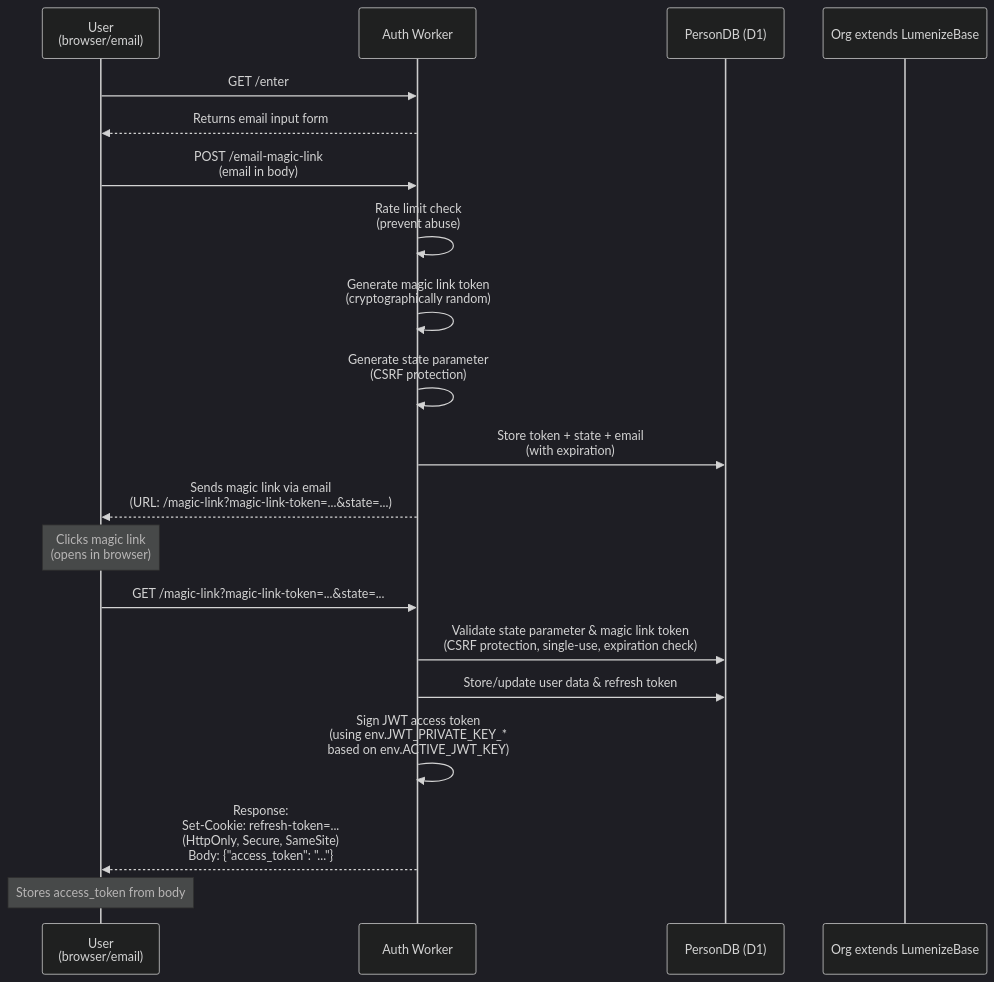
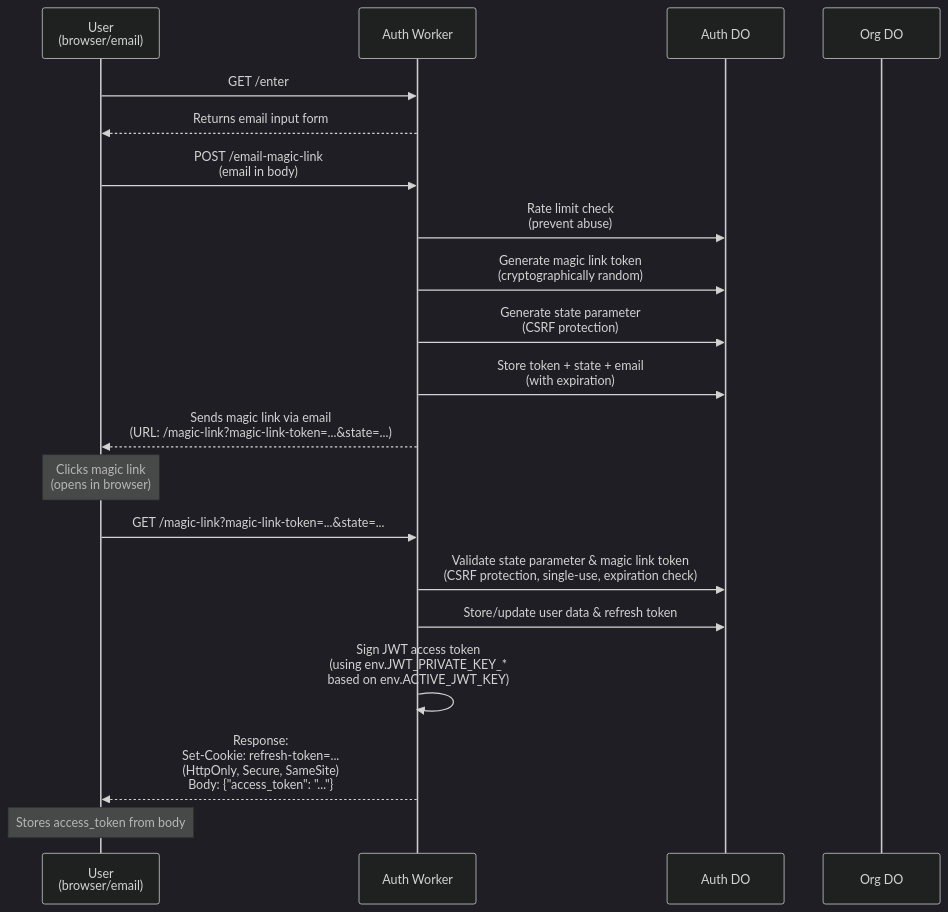
One commit to lumenize/lumenize changed the first of 4 diagrams in tasks/auth.md. Above: the diagram before and after it, drawn with Mermaid (dark theme). The commit also changed other lines of this file and 23 other files, not shown here.

First line of the commit message:
feat: @lumenize/auth package (WIP - needs validation with LumenizeClient)

````diff
--- a/tasks/auth.md
+++ b/tasks/auth.md
@@ -5,27 +119,27 @@
 ```mermaid
 sequenceDiagram
     participant User as User<br/>(browser/email)
     participant AuthWorker as Auth Worker
-    participant PersonDB as PersonDB (D1)
-    participant Org as Org extends LumenizeBase
+    participant AuthDO as Auth DO
+    participant Org as Org DO
 
     User->>AuthWorker: GET /enter
     AuthWorker-->>User: Returns email input form
 
     User->>AuthWorker: POST /email-magic-link<br/>(email in body)
-    AuthWorker->>AuthWorker: Rate limit check<br/>(prevent abuse)
-    AuthWorker->>AuthWorker: Generate magic link token<br/>(cryptographically random)
-    AuthWorker->>AuthWorker: Generate state parameter<br/>(CSRF protection)
-    AuthWorker->>PersonDB: Store token + state + email<br/>(with expiration)
+    AuthWorker->>AuthDO: Rate limit check<br/>(prevent abuse)
+    AuthWorker->>AuthDO: Generate magic link token<br/>(cryptographically random)
+    AuthWorker->>AuthDO: Generate state parameter<br/>(CSRF protection)
+    AuthWorker->>AuthDO: Store token + state + email<br/>(with expiration)
     AuthWorker-->>User: Sends magic link via email<br/>(URL: /magic-link?magic-link-token=...&state=...)
 
     Note over User: Clicks magic link<br/>(opens in browser)
     User->>AuthWorker: GET /magic-link?magic-link-token=...&state=...
-    AuthWorker->>PersonDB: Validate state parameter & magic link token<br/>(CSRF protection, single-use, expiration check)
+    AuthWorker->>AuthDO: Validate state parameter & magic link token<br/>(CSRF protection, single-use, expiration check)
 
-    AuthWorker->>PersonDB: Store/update user data & refresh token
+    AuthWorker->>AuthDO: Store/update user data & refresh token
     AuthWorker->>AuthWorker: Sign JWT access token<br/>(using env.JWT_PRIVATE_KEY_*<br/>based on env.ACTIVE_JWT_KEY)
     AuthWorker-->>User: Response:<br/>Set-Cookie: refresh-token=...<br/>(HttpOnly, Secure, SameSite)<br/>Body: {"access_token": "..."}
 
     Note over User: Stores access_token from body
 ```
````
